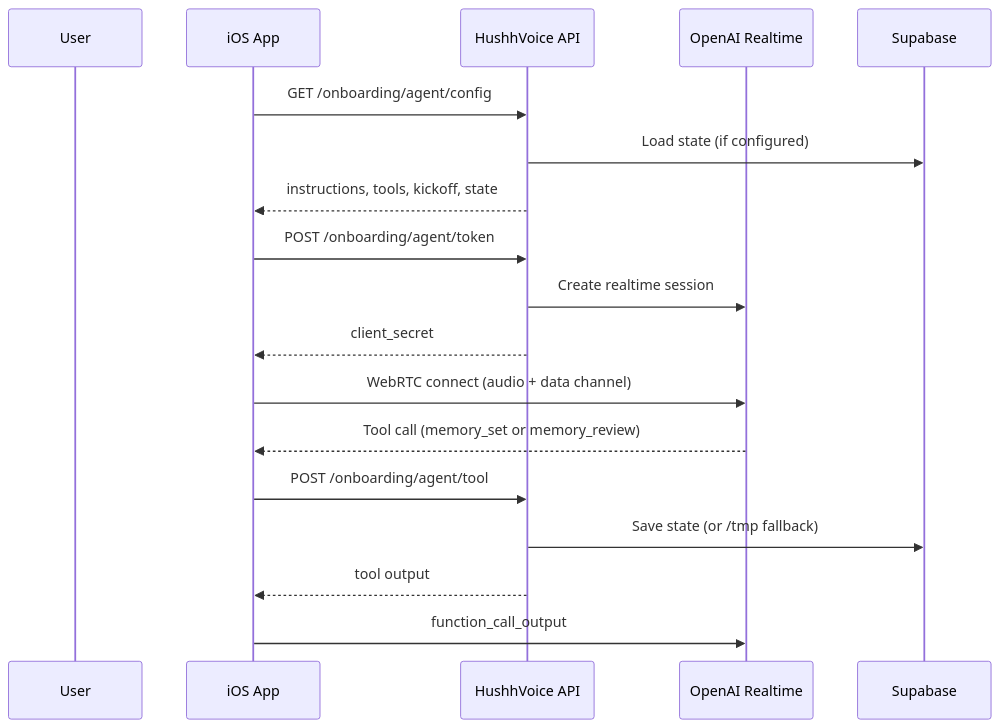
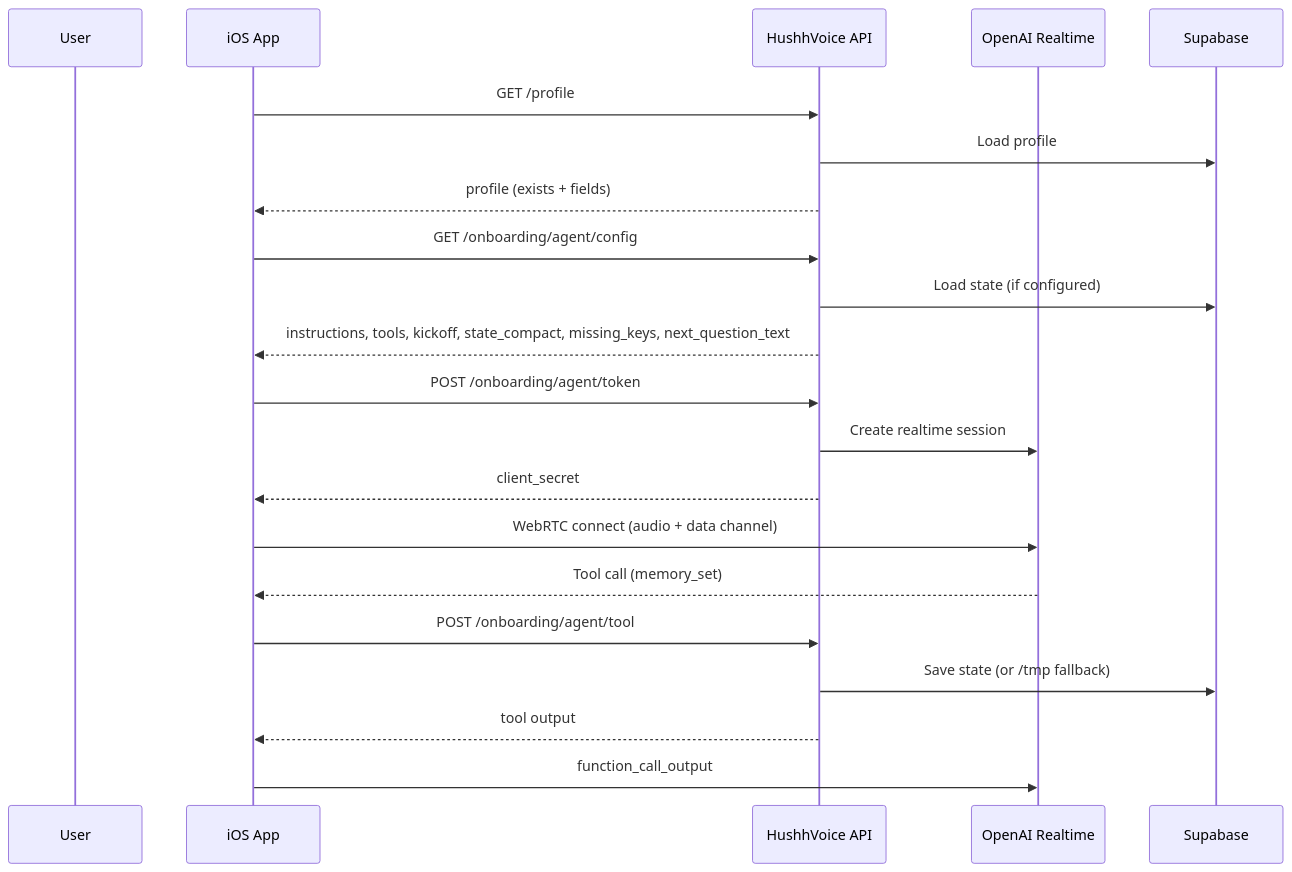
One commit to RGlodAkshat/HushhVoice changed the fifth of 8 diagrams in architecture.md. Above: the diagram before and after it, drawn with Mermaid. The commit also changed other lines of this file, not shown here.

Commit message:
Updated the architecture of HushhVoice

````diff
--- a/architecture.md
+++ b/architecture.md
@@ -222,23 +257,27 @@
 ```mermaid
 sequenceDiagram
 participant User
 participant iOS as iOS App
 participant API as HushhVoice API
 participant OpenAI as OpenAI Realtime
 participant Supabase
 
+iOS->>API: GET /profile
+API->>Supabase: Load profile
+API-->>iOS: profile (exists + fields)
+
 iOS->>API: GET /onboarding/agent/config
 API->>Supabase: Load state (if configured)
-API-->>iOS: instructions, tools, kickoff, state
+API-->>iOS: instructions, tools, kickoff, state_compact, missing_keys, next_question_text
 
 iOS->>API: POST /onboarding/agent/token
 API->>OpenAI: Create realtime session
 API-->>iOS: client_secret
 
 iOS->>OpenAI: WebRTC connect (audio + data channel)
-OpenAI-->>iOS: Tool call (memory_set or memory_review)
+OpenAI-->>iOS: Tool call (memory_set)
 iOS->>API: POST /onboarding/agent/tool
 API->>Supabase: Save state (or /tmp fallback)
 API-->>iOS: tool output
 iOS->>OpenAI: function_call_output
 ```
````
